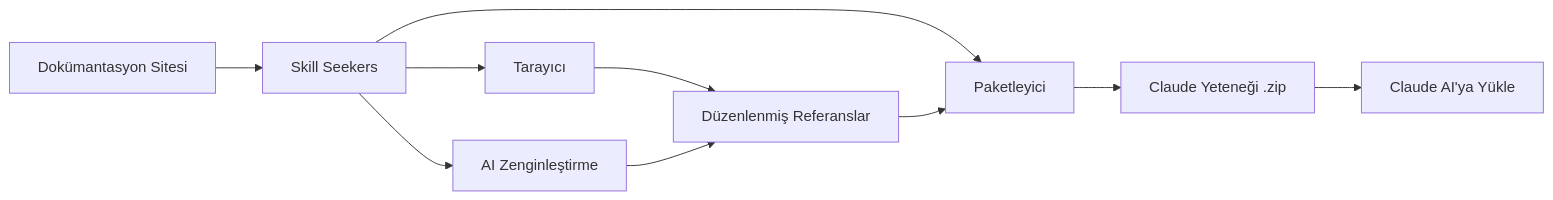
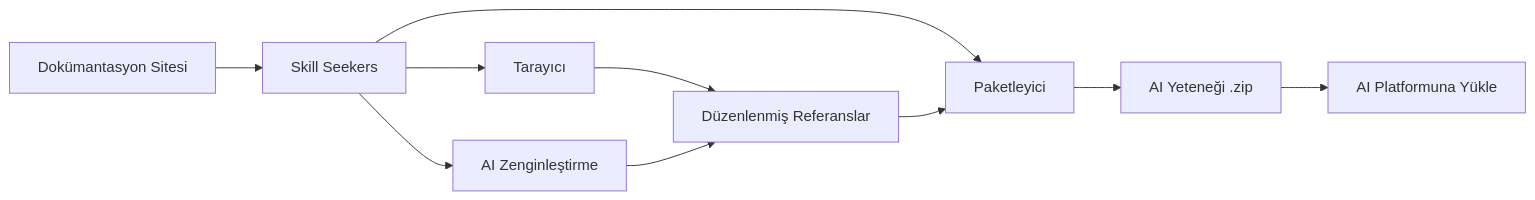
Before and after one commit to yusufkaraaslan/Skill_Seekers: the diagram in README.tr.md, drawn with Mermaid. The commit also changed other lines of this file and 38 other files, not shown here.

````diff
--- a/README.tr.md
+++ b/README.tr.md
@@ -891,12 +975,12 @@
 ```mermaid
 graph LR
     A[Dokümantasyon Sitesi] --> B[Skill Seekers]
     B --> C[Tarayıcı]
     B --> D[AI Zenginleştirme]
     B --> E[Paketleyici]
     C --> F[Düzenlenmiş Referanslar]
     D --> F
     F --> E
-    E --> G[Claude Yeteneği .zip]
-    G --> H[Claude AI'ya Yükle]
+    E --> G[AI Yeteneği .zip]
+    G --> H[AI Platformuna Yükle]
 ```
````
